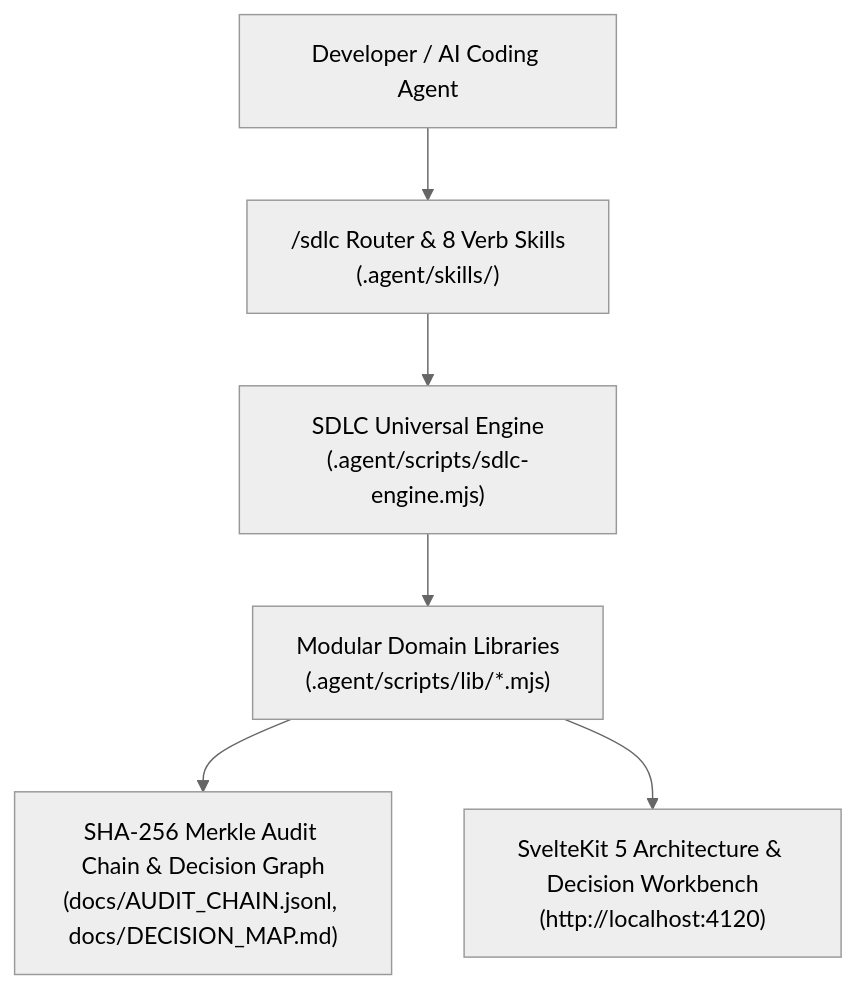
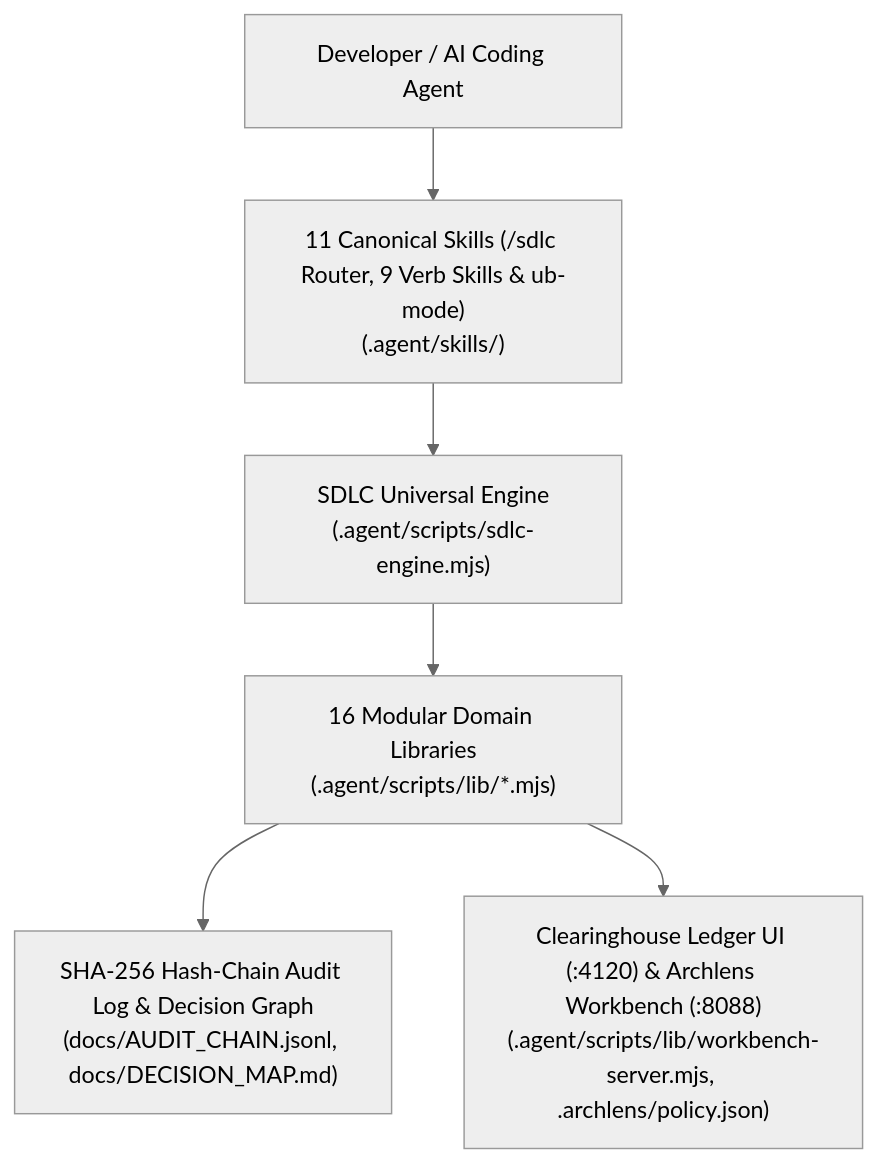
The diagram in docs/SRS.md (fmatar/sealit), drawn with Mermaid (neutral theme) before and after one commit. The commit also changed other lines of this file and 21 other files, not shown here.

Commit message:
docs(#114): upgrade README, wiki, PRD & SRS with v0.4.0 architecture and Archlens links

````diff
--- a/docs/SRS.md
+++ b/docs/SRS.md
@@ -30,13 +32,13 @@
 ```mermaid
 flowchart TB
-    Operator["Developer / AI Coding Agent"] --> Router["/sdlc Router & 8 Verb Skills
+    Operator["Developer / AI Coding Agent"] --> Router["11 Canonical Skills (/sdlc Router, 9 Verb Skills & ub-mode)
 (.agent/skills/)"]
     Router --> Engine["SDLC Universal Engine
 (.agent/scripts/sdlc-engine.mjs)"]
-    Engine --> Domain["Modular Domain Libraries
+    Engine --> Domain["16 Modular Domain Libraries
 (.agent/scripts/lib/*.mjs)"]
-    Domain --> Ledger["SHA-256 Merkle Audit Chain & Decision Graph
+    Domain --> Ledger["SHA-256 Hash-Chain Audit Log & Decision Graph
 (docs/AUDIT_CHAIN.jsonl, docs/DECISION_MAP.md)"]
-    Domain --> Workbench["SvelteKit 5 Architecture & Decision Workbench
-(http://localhost:4120)"]
+    Domain --> Workbench["Clearinghouse Ledger UI (:4120) & Archlens Workbench (:8088)
+(.agent/scripts/lib/workbench-server.mjs, .archlens/policy.json)"]
 ```
````
